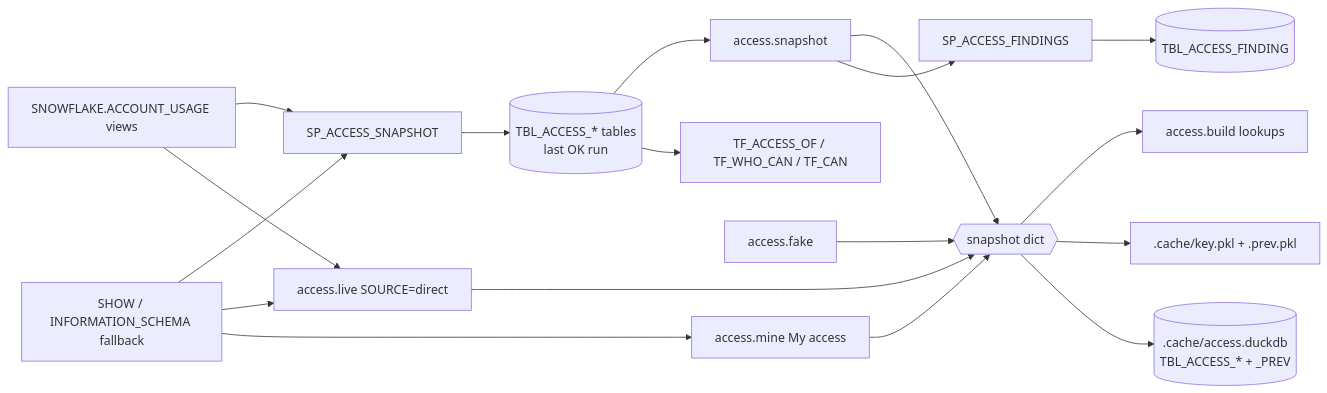
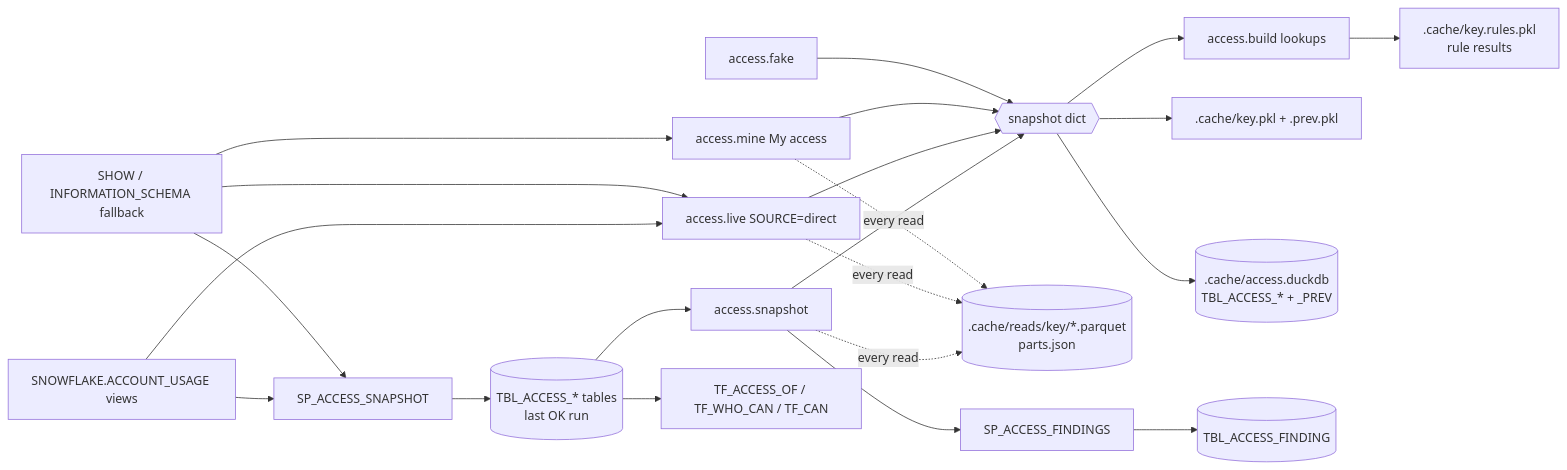
The first of 2 diagrams in snowflake-access-explorer-knowledge-graph/data/model.md (darshanmeel/snowflake-access-explorer), drawn with Mermaid before and after one commit. The commit also changed other lines of this file and 82 other files, not shown here.

Commit message:
Knowledge graph: parts store, two-stage load, background refresh, DuckDB rule walk, kept rule results, review fixes (to 448bdbb)

````diff
--- a/snowflake-access-explorer-knowledge-graph/data/model.md
+++ b/snowflake-access-explorer-knowledge-graph/data/model.md
@@ -6,19 +6,21 @@
 ```mermaid
 flowchart LR
   AU[SNOWFLAKE.ACCOUNT_USAGE views] --> SP[SP_ACCESS_SNAPSHOT]
   SHOW[SHOW / INFORMATION_SCHEMA fallback] --> SP
   SP --> T[(TBL_ACCESS_* tables<br/>last OK run)]
   T --> SNAP[access.snapshot]
   AU --> LIVE[access.live SOURCE=direct]
   SHOW --> LIVE
   SHOW --> MINE[access.mine My access]
   SNAP --> D{{snapshot dict}}
   LIVE --> D
   MINE --> D
   FAKE[access.fake] --> D
   D --> B[access.build lookups]
+  SNAP & LIVE & MINE -.every read.-> PRT[(.cache/reads/key/*.parquet<br/>parts.json)]
   D --> PKL[.cache/key.pkl + .prev.pkl]
+  B --> RUL[.cache/key.rules.pkl<br/>rule results]
   D --> DUCK[(.cache/access.duckdb<br/>TBL_ACCESS_* + _PREV)]
   T --> TF[TF_ACCESS_OF / TF_WHO_CAN / TF_CAN]
   SNAP --> FIND[SP_ACCESS_FINDINGS] --> F[(TBL_ACCESS_FINDING)]
 ```
````
